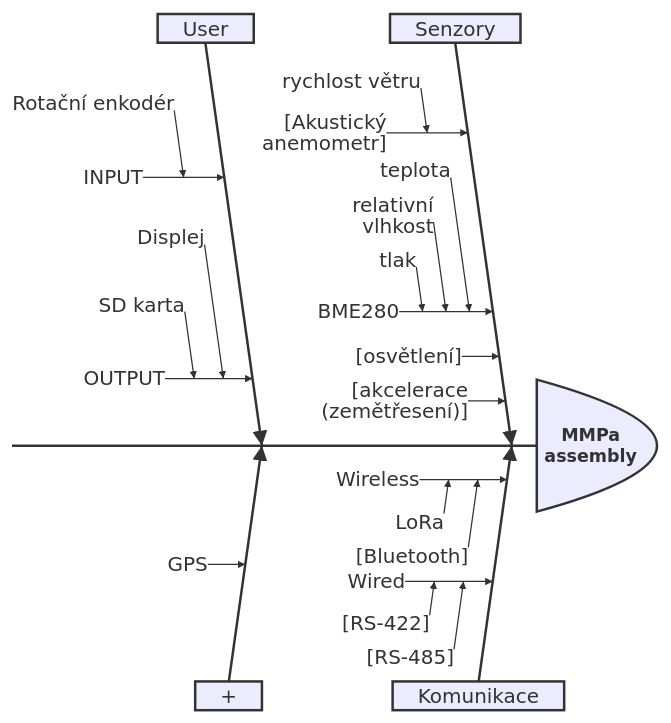
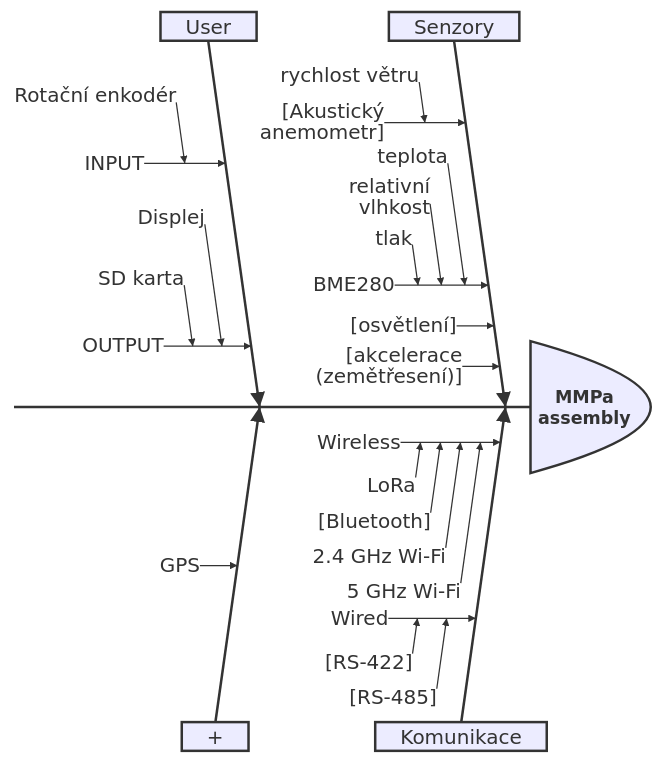
The diagram in Informace/README.md (tym-pentagon/mmpa-meteo), drawn with Mermaid before and after one commit.

````diff
--- a/Informace/README.md
+++ b/Informace/README.md
@@ -12,28 +12,30 @@
 ```mermaid
 ishikawa-beta
     MMPa assembly
     Senzory
         [Akustický anemometr]
           rychlost větru
         BME280
           teplota
           relativní vlhkost
           tlak
         [osvětlení]
         [akcelerace (zemětřesení)]
     Komunikace
         Wireless
           LoRa
           [Bluetooth]
+          2.4 GHz Wi-Fi
+          5 GHz Wi-Fi
         Wired
           [RS-422]
           [RS-485]
     User
         INPUT
             Rotační enkodér
         OUTPUT
             Displej
             SD karta
     +
       GPS
 ```
````
